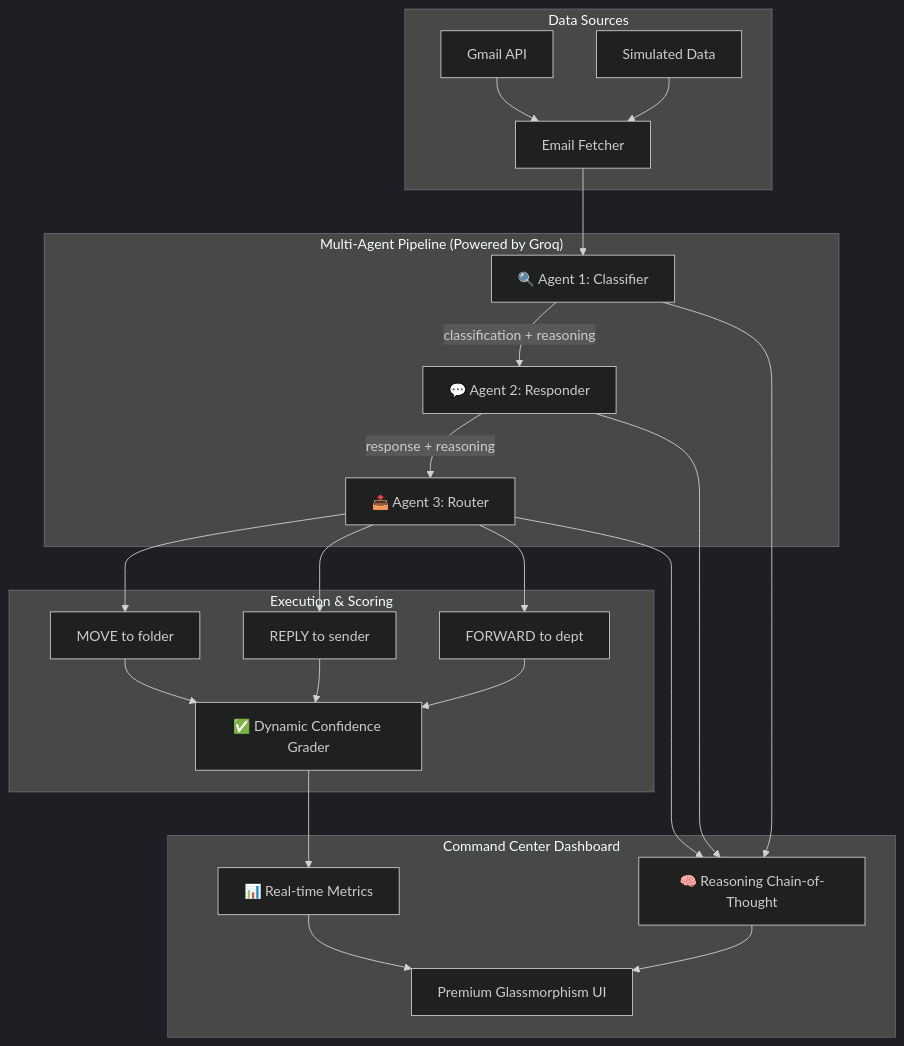
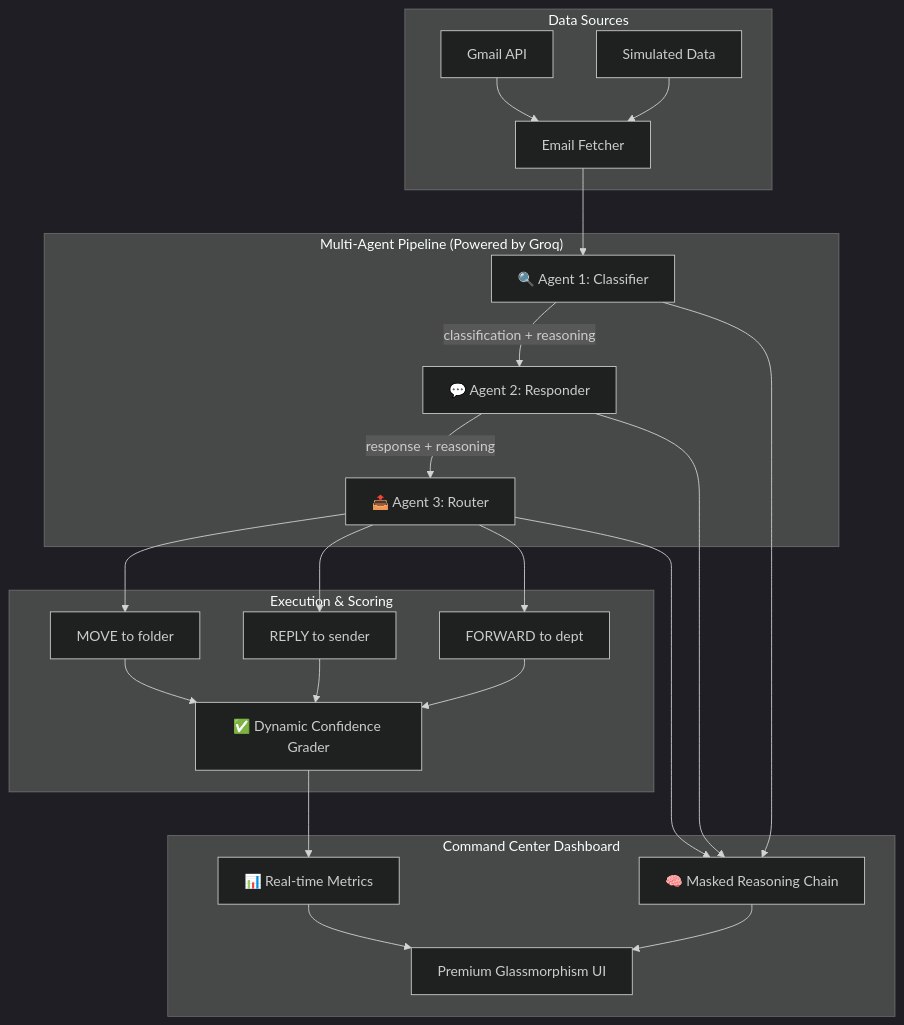
One commit to ayus1234/ai-email-triage-agent-openenv changed the diagram in README.md. Above: the diagram before and after it, drawn with Mermaid (dark theme). The commit also changed other lines of this file, not shown here.

````diff
--- a/README.md
+++ b/README.md
@@ -38,26 +38,26 @@
 ```mermaid
 graph TD
     subgraph "Data Sources"
         G["Gmail API"] --> F["Email Fetcher"]
         S["Simulated Data"] --> F
     end
     
     subgraph "Multi-Agent Pipeline (Powered by Groq)"
         F --> A1["🔍 Agent 1: Classifier"]
         A1 -->|"classification + reasoning"| A2["💬 Agent 2: Responder"]
         A2 -->|"response + reasoning"| A3["📤 Agent 3: Router"]
     end
     
     subgraph "Execution & Scoring"
         A3 --> E1["MOVE to folder"]
         A3 --> E2["REPLY to sender"]
         A3 --> E3["FORWARD to dept"]
         E1 & E2 & E3 --> GR["✅ Dynamic Confidence Grader"]
     end
     
     subgraph "Command Center Dashboard"
         GR --> D1["📊 Real-time Metrics"]
-        A1 & A2 & A3 --> D2["🧠 Reasoning Chain-of-Thought"]
+        A1 & A2 & A3 --> D2["🧠 Masked Reasoning Chain"]
         D1 & D2 --> UI["Premium Glassmorphism UI"]
     end
 ```
````
